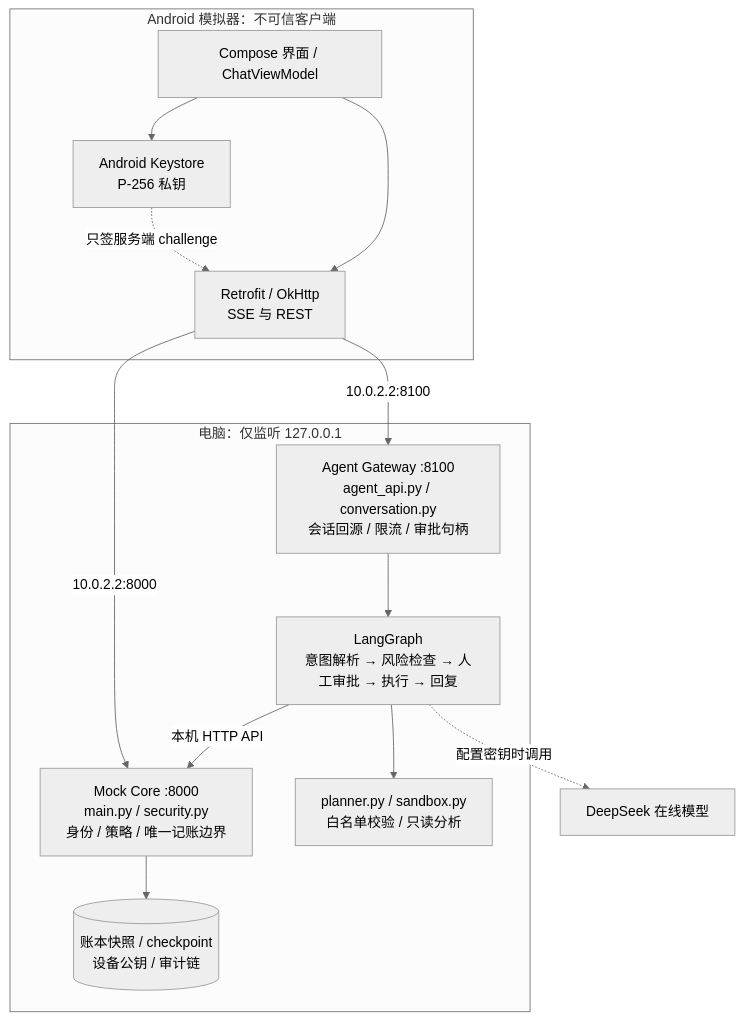
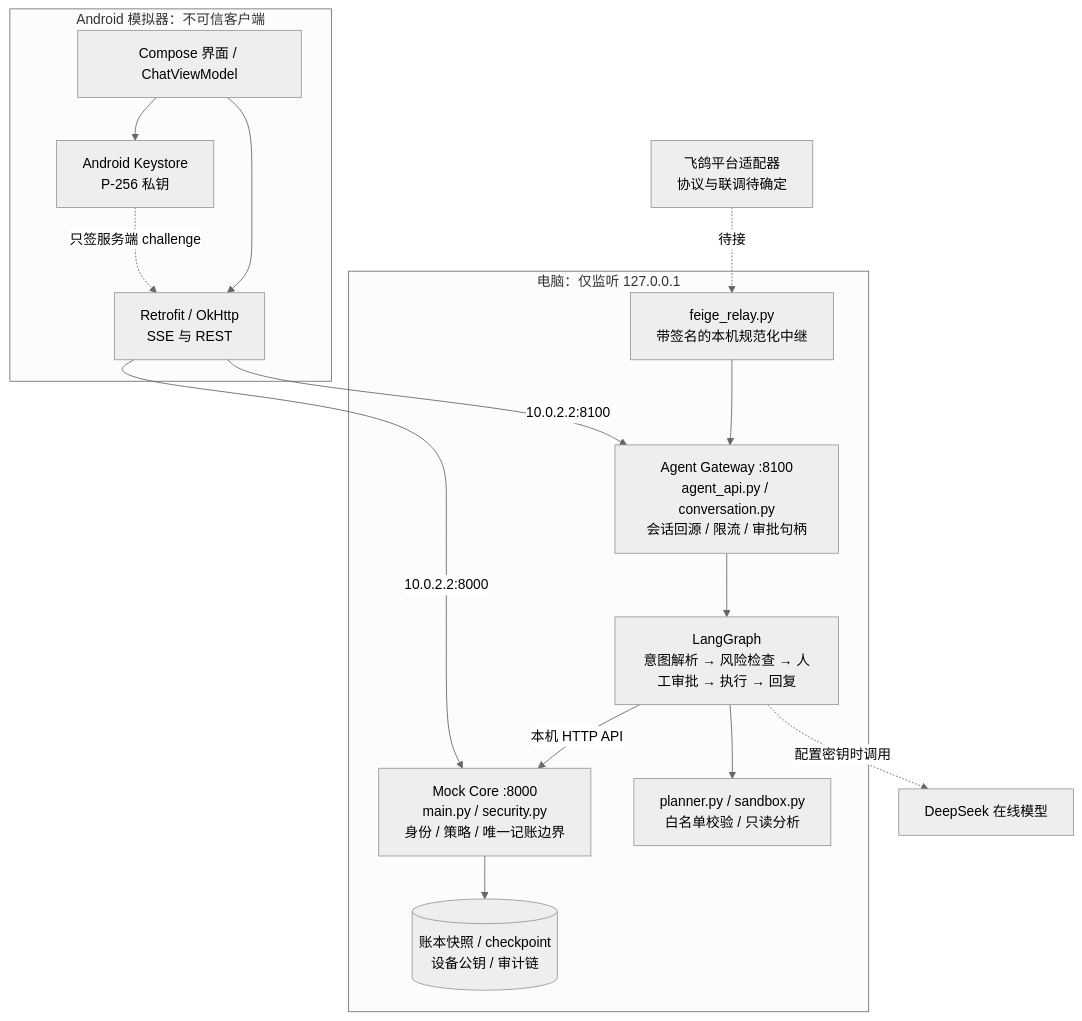
One commit to Zagadka-3906/ai-banking-agent changed the first of 2 diagrams in docs/技术文档.md. Above: the diagram before and after it, drawn with Mermaid (neutral theme). The commit also changed other lines of this file and 39 other files, not shown here.

Commit message:
Harden mock banking flows and add local Feige relay boundary

````diff
--- a/docs/技术文档.md
+++ b/docs/技术文档.md
@@ -7,23 +7,26 @@
 ```mermaid
 flowchart TB
     subgraph Emulator[Android 模拟器：不可信客户端]
       UI[Compose 界面 / ChatViewModel]
       KEY[Android Keystore<br/>P-256 私钥]
       NET[Retrofit / OkHttp<br/>SSE 与 REST]
       UI --> NET
       UI --> KEY
     end
     subgraph Host[电脑：仅监听 127.0.0.1]
       GW[Agent Gateway :8100<br/>agent_api.py / conversation.py<br/>会话回源 / 限流 / 审批句柄]
+      IM[feige_relay.py<br/>带签名的本机规范化中继]
       GRAPH[LangGraph<br/>意图解析 → 风险检查 → 人工审批 → 执行 → 回复]
       CORE[Mock Core :8000<br/>main.py / security.py<br/>身份 / 策略 / 唯一记账边界]
       PLAN[planner.py / sandbox.py<br/>白名单校验 / 只读分析]
       STORE[(账本快照 / checkpoint<br/>设备公钥 / 审计链)]
       GW --> GRAPH --> PLAN
+      IM --> GW
       GRAPH -->|本机 HTTP API| CORE --> STORE
     end
     NET -->|10.0.2.2:8100| GW
     NET -->|10.0.2.2:8000| CORE
     KEY -.只签服务端 challenge.-> NET
     GRAPH -.配置密钥时调用.-> LLM[DeepSeek 在线模型]
+    FEIGE[飞鸽平台适配器<br/>协议与联调待确定] -.待接.-> IM
 ```
````
